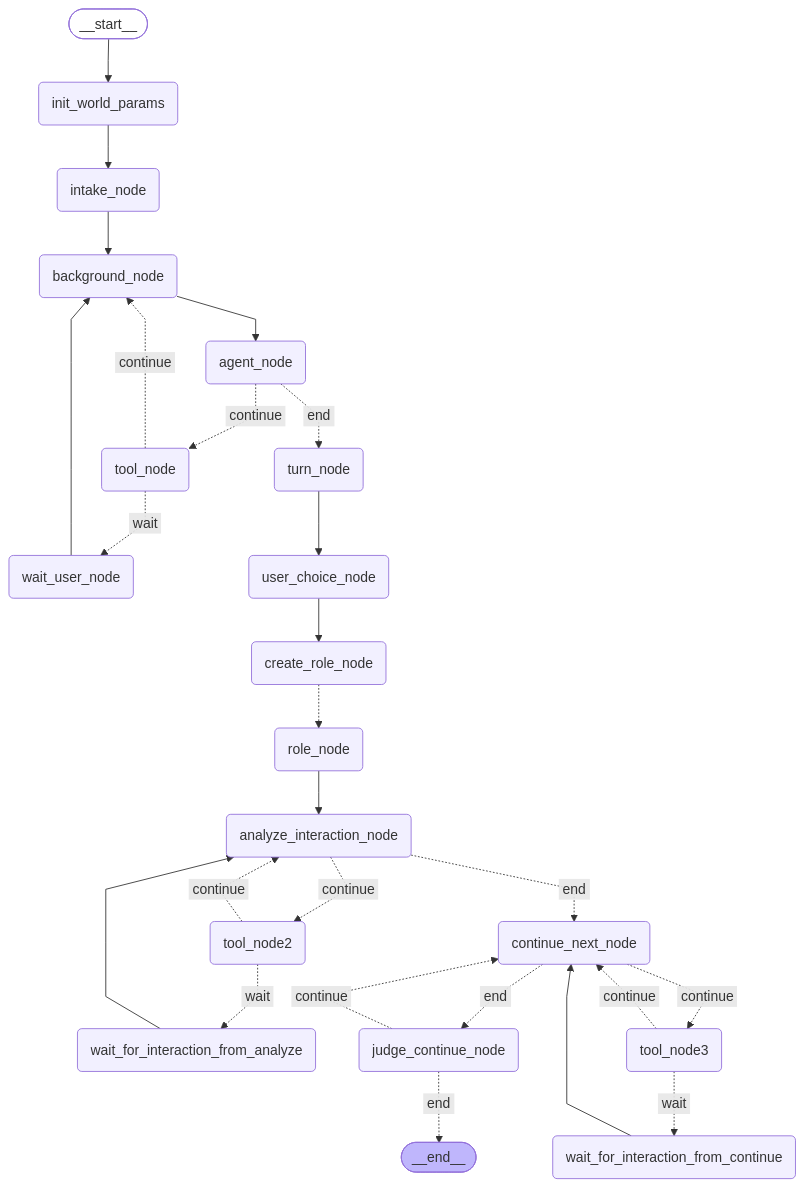
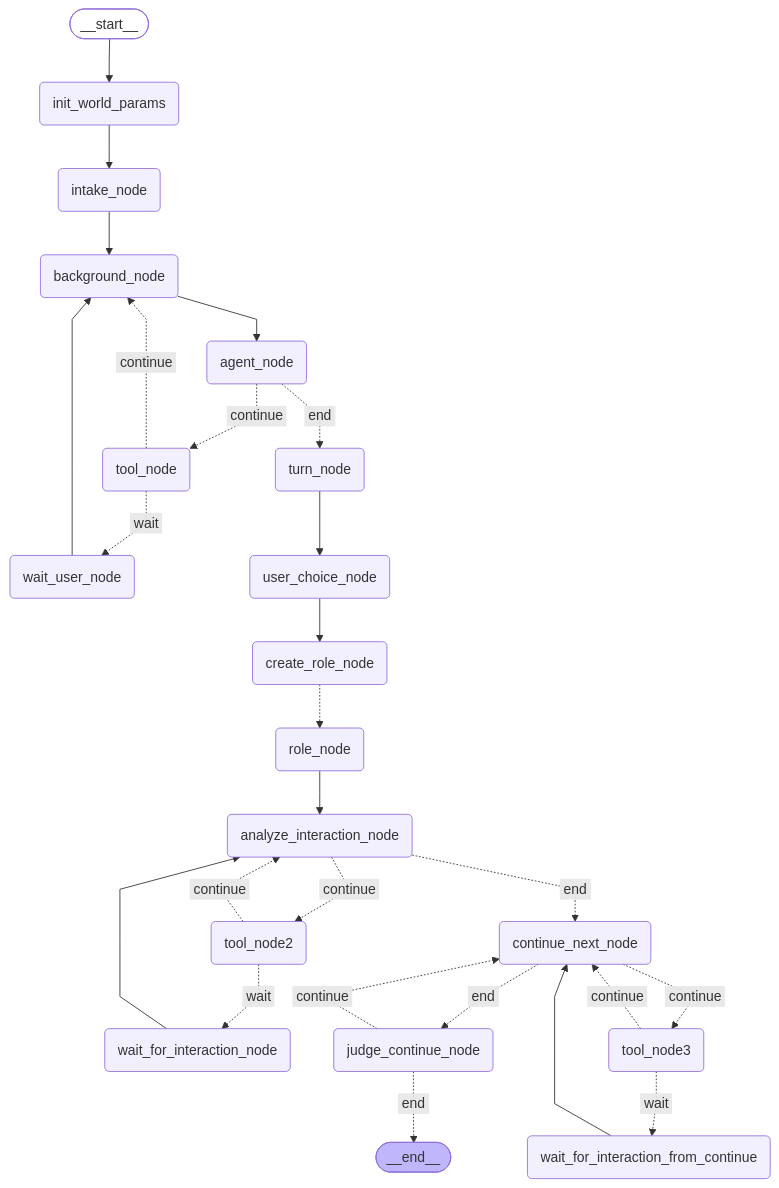
The diagram in graph_images/guest_graph.mmd (badhope/DoOver), drawn with Mermaid before and after one commit. The commit also changed 10 other files, not shown here.

```diff
--- a/graph_images/guest_graph.mmd
+++ b/graph_images/guest_graph.mmd
@@ -1,53 +1,53 @@
 ---
 config:
   flowchart:
     curve: linear
 ---
 graph TD;
 	__start__([<p>__start__</p>]):::first
 	init_world_params(init_world_params)
 	intake_node(intake_node)
 	background_node(background_node)
 	tool_node(tool_node)
 	wait_user_node(wait_user_node)
 	agent_node(agent_node)
 	turn_node(turn_node)
 	user_choice_node(user_choice_node)
 	role_node(role_node)
 	create_role_node(create_role_node)
 	analyze_interaction_node(analyze_interaction_node)
 	tool_node2(tool_node2)
-	wait_for_interaction_from_analyze(wait_for_interaction_from_analyze)
+	wait_for_interaction_node(wait_for_interaction_node)
 	continue_next_node(continue_next_node)
 	tool_node3(tool_node3)
 	wait_for_interaction_from_continue(wait_for_interaction_from_continue)
 	judge_continue_node(judge_continue_node)
 	__end__([<p>__end__</p>]):::last
 	__start__ --> init_world_params;
 	agent_node -. &nbsp;continue&nbsp; .-> tool_node;
 	agent_node -. &nbsp;end&nbsp; .-> turn_node;
 	analyze_interaction_node -. &nbsp;end&nbsp; .-> continue_next_node;
 	analyze_interaction_node -. &nbsp;continue&nbsp; .-> tool_node2;
 	background_node --> agent_node;
 	continue_next_node -. &nbsp;end&nbsp; .-> judge_continue_node;
 	continue_next_node -. &nbsp;continue&nbsp; .-> tool_node3;
 	create_role_node -.-> role_node;
 	init_world_params --> intake_node;
 	intake_node --> background_node;
 	judge_continue_node -. &nbsp;end&nbsp; .-> __end__;
 	judge_continue_node -. &nbsp;continue&nbsp; .-> continue_next_node;
 	role_node --> analyze_interaction_node;
 	tool_node -. &nbsp;continue&nbsp; .-> background_node;
 	tool_node -. &nbsp;wait&nbsp; .-> wait_user_node;
 	tool_node2 -. &nbsp;continue&nbsp; .-> analyze_interaction_node;
-	tool_node2 -. &nbsp;wait&nbsp; .-> wait_for_interaction_from_analyze;
+	tool_node2 -. &nbsp;wait&nbsp; .-> wait_for_interaction_node;
 	tool_node3 -. &nbsp;continue&nbsp; .-> continue_next_node;
 	tool_node3 -. &nbsp;wait&nbsp; .-> wait_for_interaction_from_continue;
 	turn_node --> user_choice_node;
 	user_choice_node --> create_role_node;
-	wait_for_interaction_from_analyze --> analyze_interaction_node;
+	wait_for_interaction_node --> analyze_interaction_node;
 	wait_for_interaction_from_continue --> continue_next_node;
 	wait_user_node --> background_node;
 	classDef default fill:#f2f0ff,line-height:1.2
 	classDef first fill-opacity:0
 	classDef last fill:#bfb6fc
```
